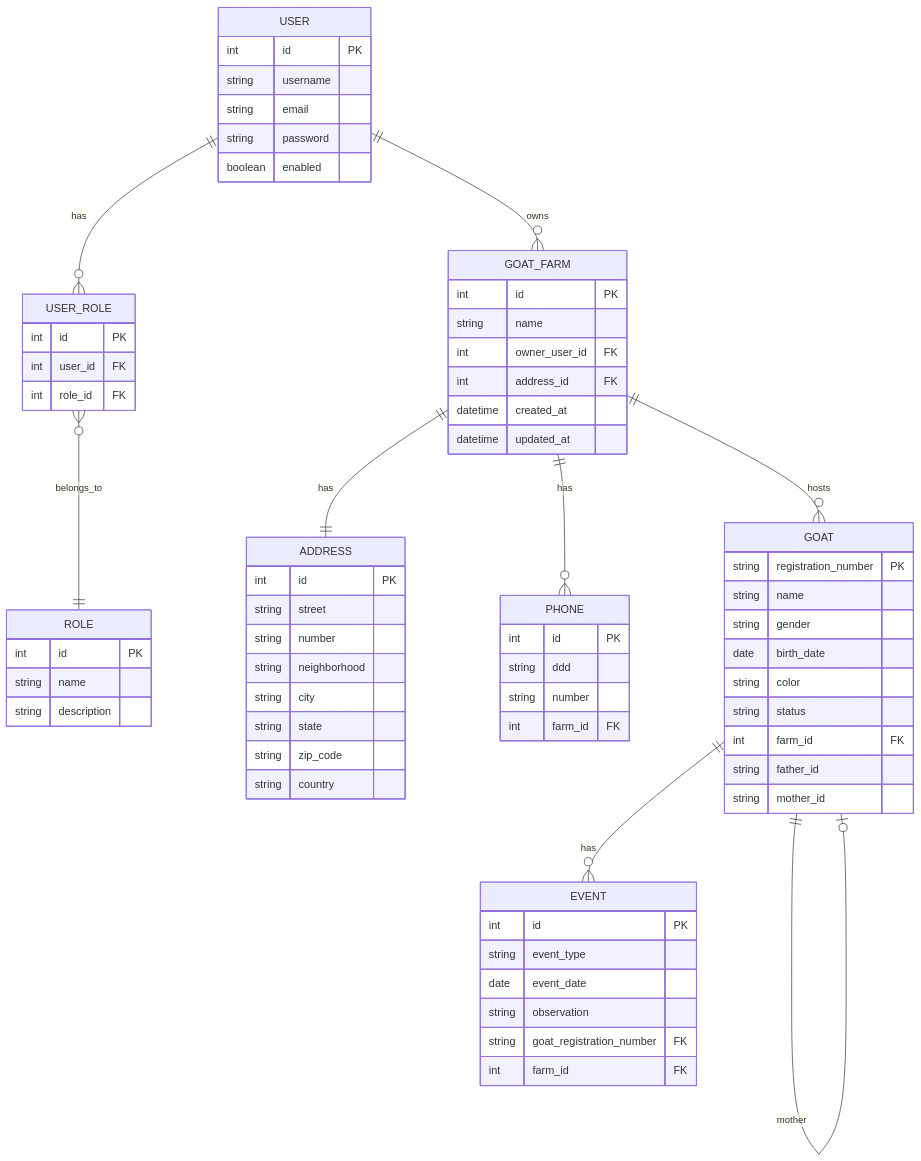
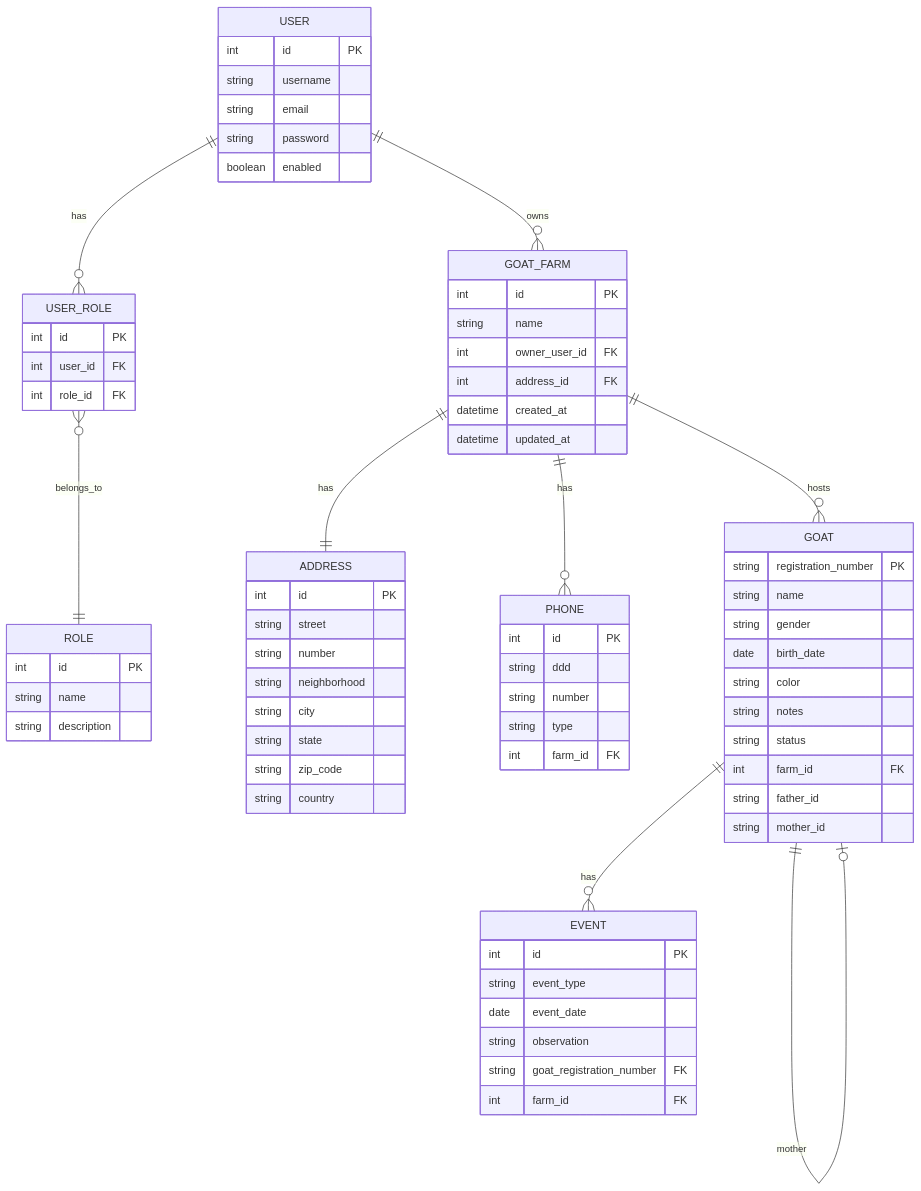
The diagram in docs/diagrams/domain.mmd (AlbertoVilar/caprigestor-backend), drawn with Mermaid before and after one commit. The commit also changed 1 other file, not shown here.

Commit message:
docs(diagrams): add Goat.notes to ER in README and domain.mmd

```diff
--- a/docs/diagrams/domain.mmd
+++ b/docs/diagrams/domain.mmd
@@ -1,80 +1,93 @@
-%% Mermaid - Diagrama ER do Domínio GoatFarm (compatível GitHub)
+%% Mermaid - Diagrama ER do Domínio GoatFarm
+%% Entidades principais e relacionamentos
 
 erDiagram
   USER ||--o{ USER_ROLE : has
   USER_ROLE }o--|| ROLE : belongs_to
   USER ||--o{ GOAT_FARM : owns
   GOAT_FARM ||--|| ADDRESS : has
   GOAT_FARM ||--o{ PHONE : has
   GOAT_FARM ||--o{ GOAT : hosts
   GOAT ||--o{ EVENT : has
   GOAT ||--o| GOAT : father
   GOAT ||--o| GOAT : mother
 
   USER {
     int id PK
     string username
     string email
     string password
     boolean enabled
   }
 
   ROLE {
     int id PK
     string name
     string description
   }
 
   USER_ROLE {
     int id PK
     int user_id FK
     int role_id FK
   }
 
   GOAT_FARM {
     int id PK
     string name
     int owner_user_id FK
     int address_id FK
     datetime created_at
     datetime updated_at
   }
 
   ADDRESS {
     int id PK
     string street
     string number
     string neighborhood
     string city
     string state
     string zip_code
     string country
   }
 
   PHONE {
     int id PK
     string ddd
     string number
+    string type
     int farm_id FK
   }
 
   GOAT {
     string registration_number PK
     string name
     string gender
     date birth_date
     string color
+    string notes
     string status
     int farm_id FK
     string father_id
     string mother_id
   }
 
   EVENT {
     int id PK
     string event_type
     date event_date
     string observation
     string goat_registration_number FK
     int farm_id FK
   }
+
+%% Notas de mapeamento de tabelas físicas (PostgreSQL)
+%% USER -> users
+%% ROLE -> role
+%% USER_ROLE -> tb_user_role (tabela de junção)
+%% GOAT_FARM -> capril
+%% GOAT -> cabras
+%% EVENT -> eventos
+%% PHONE -> telefone
+%% ADDRESS -> endereco
```
